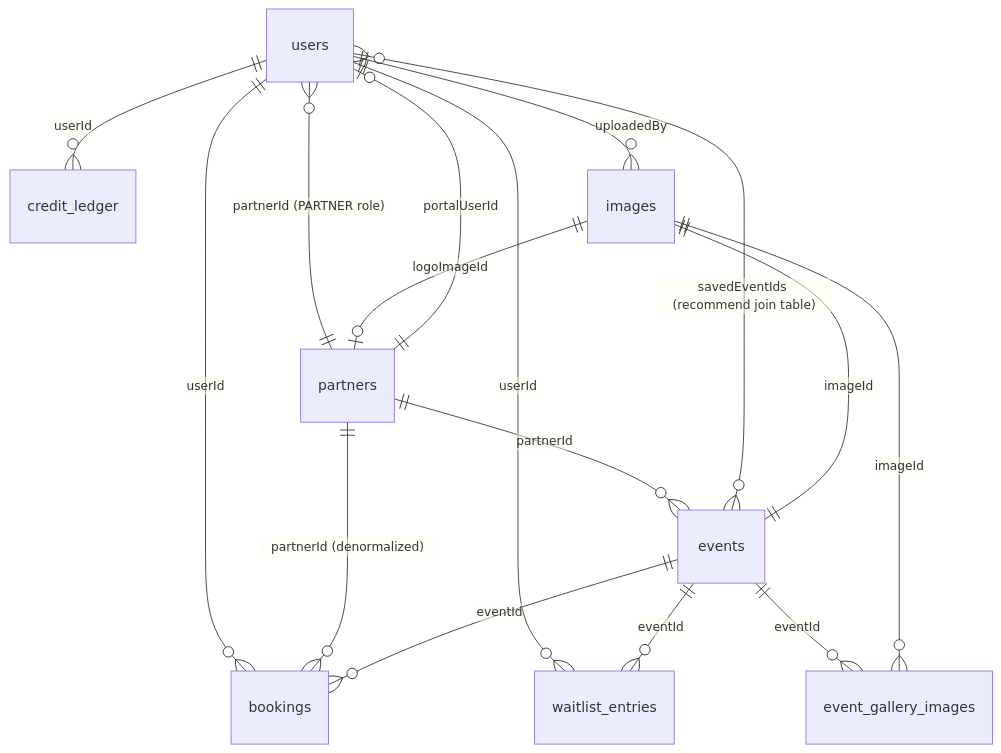
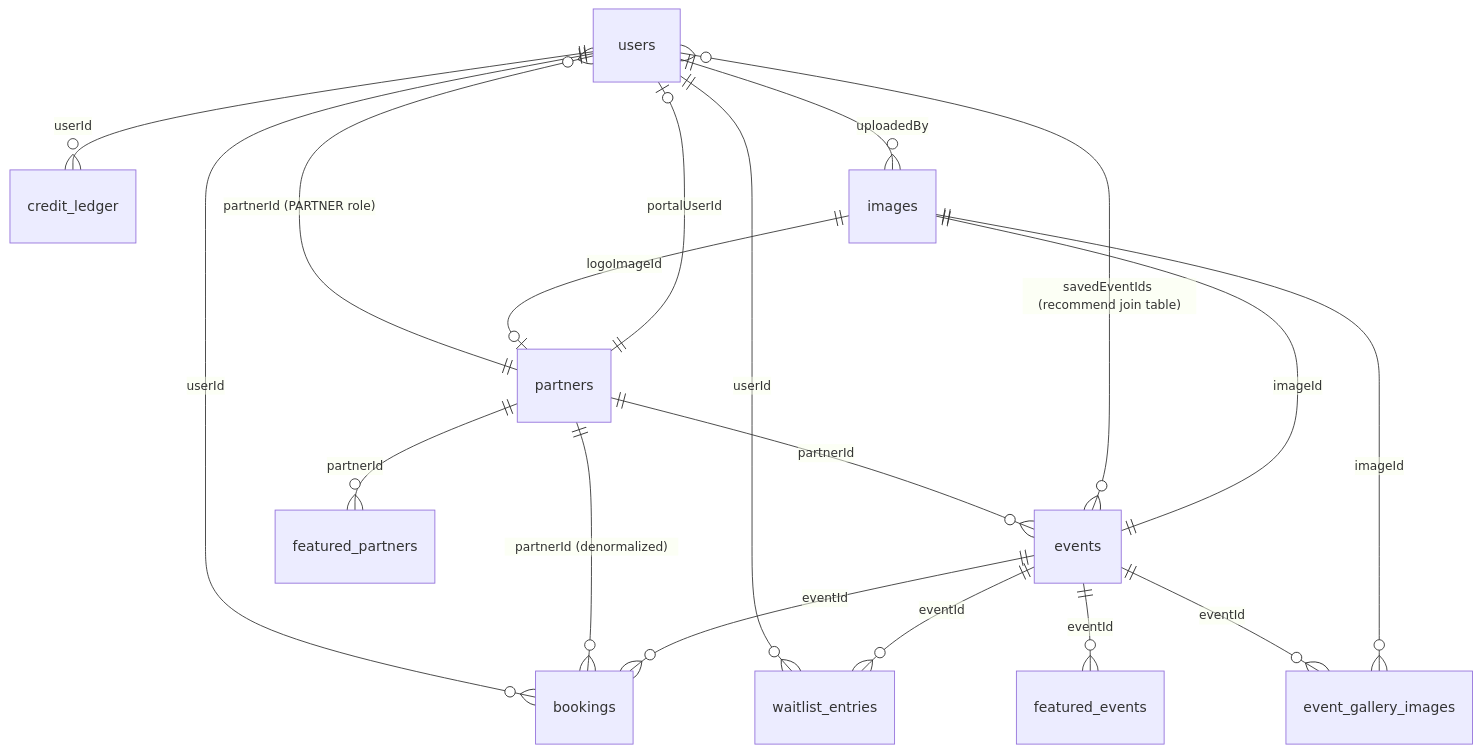
One commit to vasileermicioi/unveiled-j6 changed the diagram in docs/product/database/schema-overview.md. Above: the diagram before and after it, drawn with Mermaid. The commit also changed other lines of this file and 62 other files, not shown here.

Commit message:
feat: implement featured partners management in admin; add functionality for adding, listing, and removing featured partners, enhance UI components for partner selection and reordering, and update related routes and content for improved user experience

````diff
--- a/docs/product/database/schema-overview.md
+++ b/docs/product/database/schema-overview.md
@@ -219,18 +233,20 @@
 ```mermaid
 erDiagram
   users ||--o{ bookings : "userId"
   users ||--o{ waitlist_entries : "userId"
   users ||--o{ credit_ledger : "userId"
   users }o--|| partners : "partnerId (PARTNER role)"
   partners ||--o| users : "portalUserId"
   partners ||--o{ events : "partnerId"
   partners ||--o{ bookings : "partnerId (denormalized)"
+  partners ||--o{ featured_partners : "partnerId"
   events ||--o{ bookings : "eventId"
+  events ||--o{ featured_events : "eventId"
   events ||--o{ waitlist_entries : "eventId"
   users }o--o{ events : "savedEventIds (recommend join table)"
   images ||--o| partners : "logoImageId"
   images ||--|| events : "imageId"
   events ||--o{ event_gallery_images : "eventId"
   images ||--o{ event_gallery_images : "imageId"
   users ||--o{ images : "uploadedBy"
 ```
````
